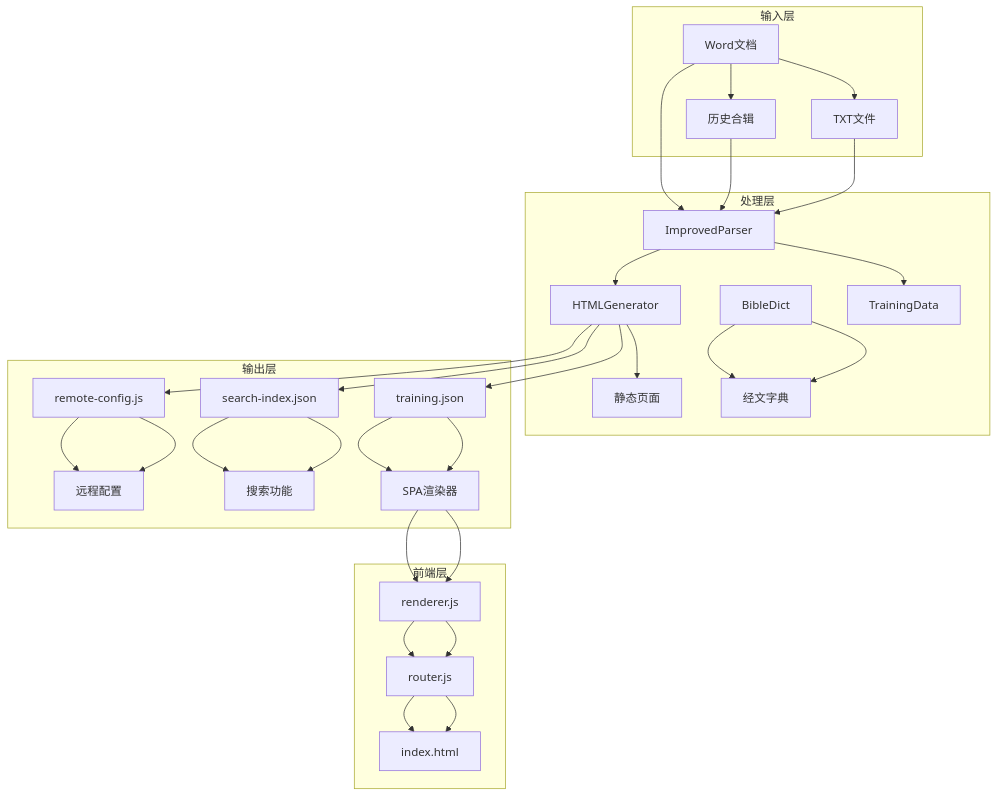
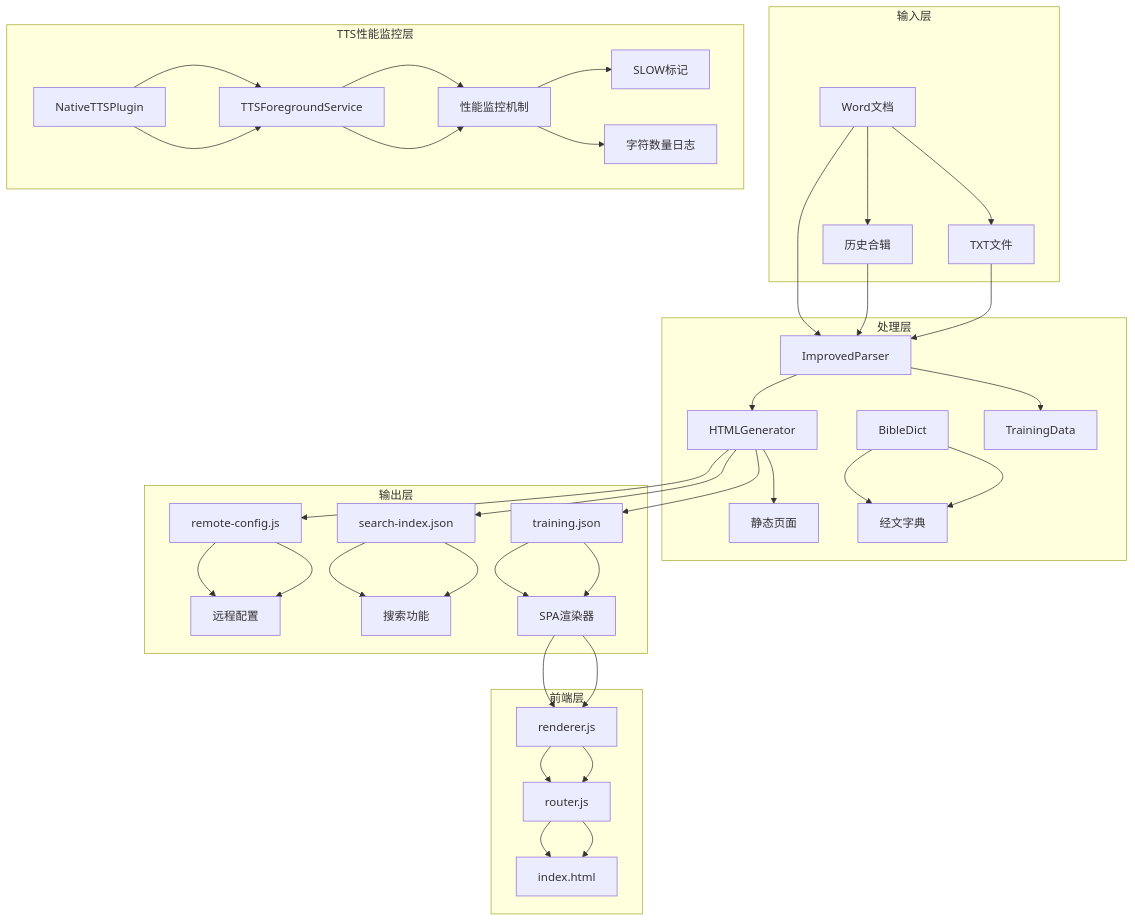
The second of 7 diagrams in .qoder/repowiki/zh/content/移动应用开发/TTS静态实例管理系统.md (zhao-zg/cx), drawn with Mermaid before and after one commit. The commit also changed other lines of this file and 4 other files, not shown here.

````diff
--- a/.qoder/repowiki/zh/content/移动应用开发/TTS静态实例管理系统.md
+++ b/.qoder/repowiki/zh/content/移动应用开发/TTS静态实例管理系统.md
@@ -116,36 +138,44 @@
 ```mermaid
 graph TB
 subgraph "输入层"
 A[Word文档] --> B[TXT文件]
 A --> C[历史合辑]
 end
 subgraph "处理层"
 D[ImprovedParser] --> E[TrainingData]
 F[BibleDict] --> G[经文字典]
 H[HTMLGenerator] --> I[静态页面]
 end
 subgraph "输出层"
 J[training.json] --> K[SPA渲染器]
 L[search-index.json] --> M[搜索功能]
 N[remote-config.js] --> O[远程配置]
 end
 subgraph "前端层"
 K --> P[renderer.js]
 P --> Q[router.js]
 Q --> R[index.html]
 end
+subgraph "TTS性能监控层"
+S[NativeTTSPlugin] --> T[TTSForegroundService]
+T --> U[性能监控机制]
+U --> V[SLOW标记]
+U --> W[字符数量日志]
+end
 A --> D
 B --> D
 C --> D
 D --> H
 F --> G
 H --> J
 H --> L
 H --> N
 J --> K
 L --> M
 N --> O
 K --> P
 P --> Q
 Q --> R
+S --> T
+T --> U
 ```
````
